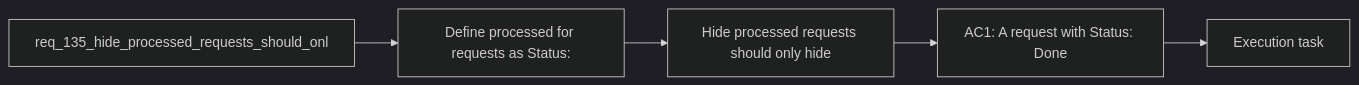
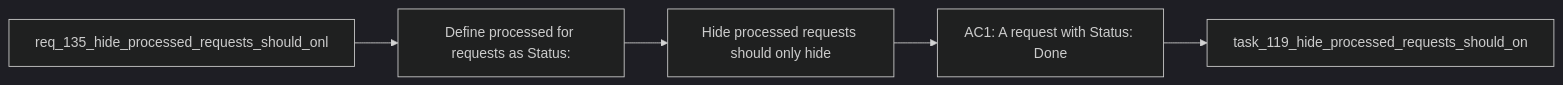
One commit to AlexAgo83/logics-manager changed the diagram in logics/backlog/item_259_hide_processed_requests_should_only_hide_done_requests.md. Above: the diagram before and after it, drawn with Mermaid (dark theme). The commit also changed 12 other files, not shown here.

````diff
--- a/logics/backlog/item_259_hide_processed_requests_should_only_hide_done_requests.md
+++ b/logics/backlog/item_259_hide_processed_requests_should_only_hide_done_requests.md
@@ -25,9 +25,9 @@
 ```mermaid
 %% logics-kind: backlog
 %% logics-signature: backlog|hide-processed-requests-should-only-hide|req-135-hide-processed-requests-should-o|define-processed-for-requests-as-status|ac1-a-request-with-status-done
 flowchart LR
     Request[req_135_hide_processed_requests_should_onl] --> Problem[Define processed for requests as Status:]
     Problem --> Scope[Hide processed requests should only hide]
     Scope --> Acceptance[AC1: A request with Status: Done]
-    Acceptance --> Tasks[Execution task]
+    Acceptance --> Tasks[task_119_hide_processed_requests_should_on]
 ```
````
